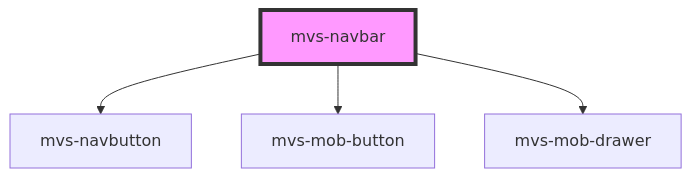
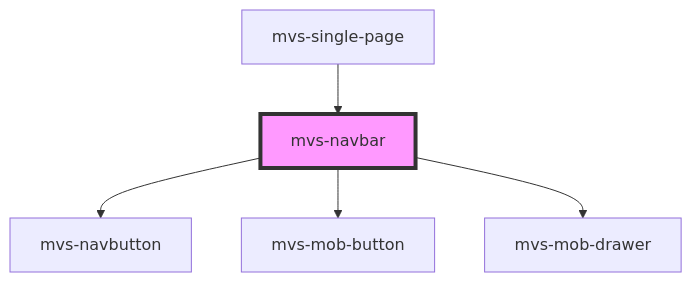
Before and after one commit to rafaela-vairo/mvs-design-system: the diagram in src/components/navigation/mvs-navbar/readme.md, drawn with Mermaid. The commit also changed other lines of this file and 29 other files, not shown here.

````diff
--- a/src/components/navigation/mvs-navbar/readme.md
+++ b/src/components/navigation/mvs-navbar/readme.md
@@ -30,7 +34,8 @@
 ```mermaid
 graph TD;
   mvs-navbar --> mvs-navbutton
   mvs-navbar --> mvs-mob-button
   mvs-navbar --> mvs-mob-drawer
+  mvs-single-page --> mvs-navbar
   style mvs-navbar fill:#f9f,stroke:#333,stroke-width:4px
 ```
````
